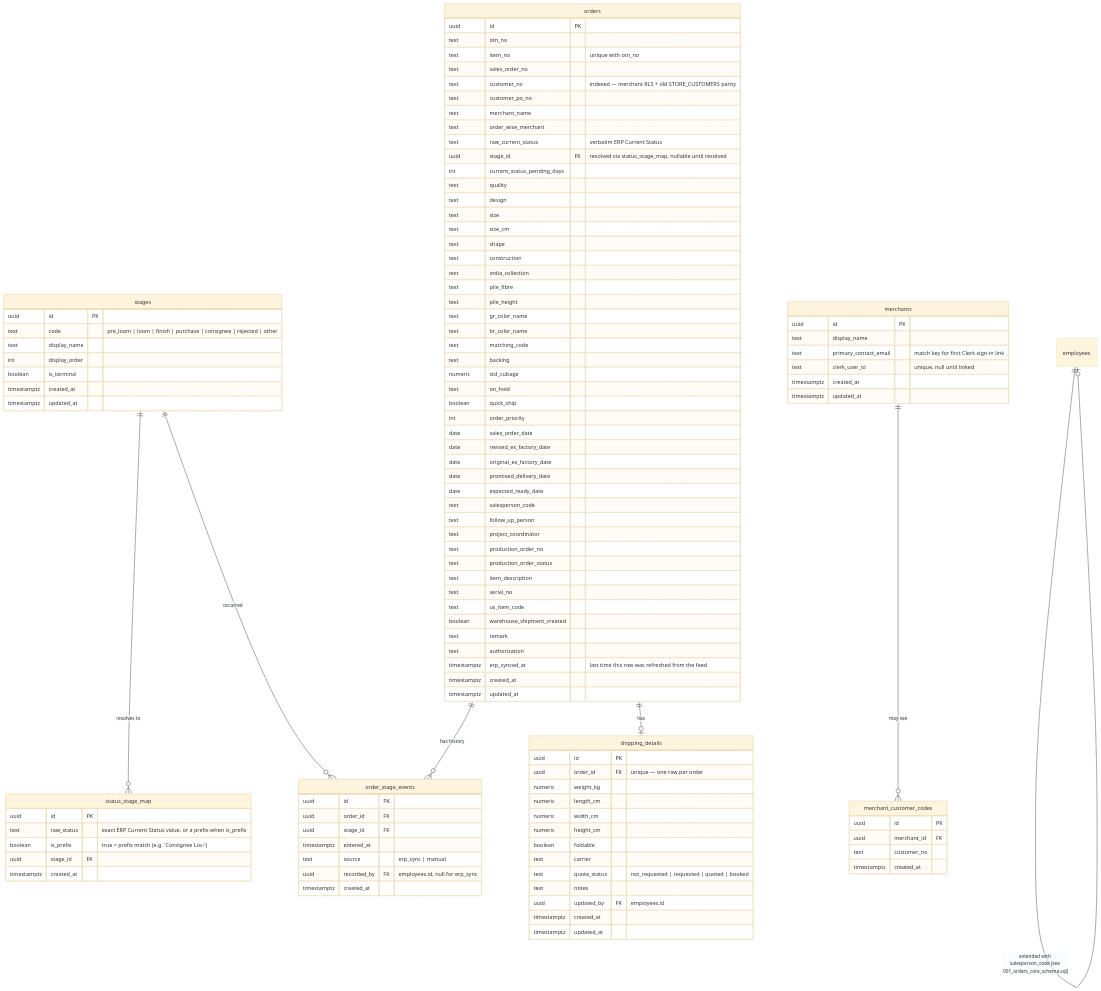
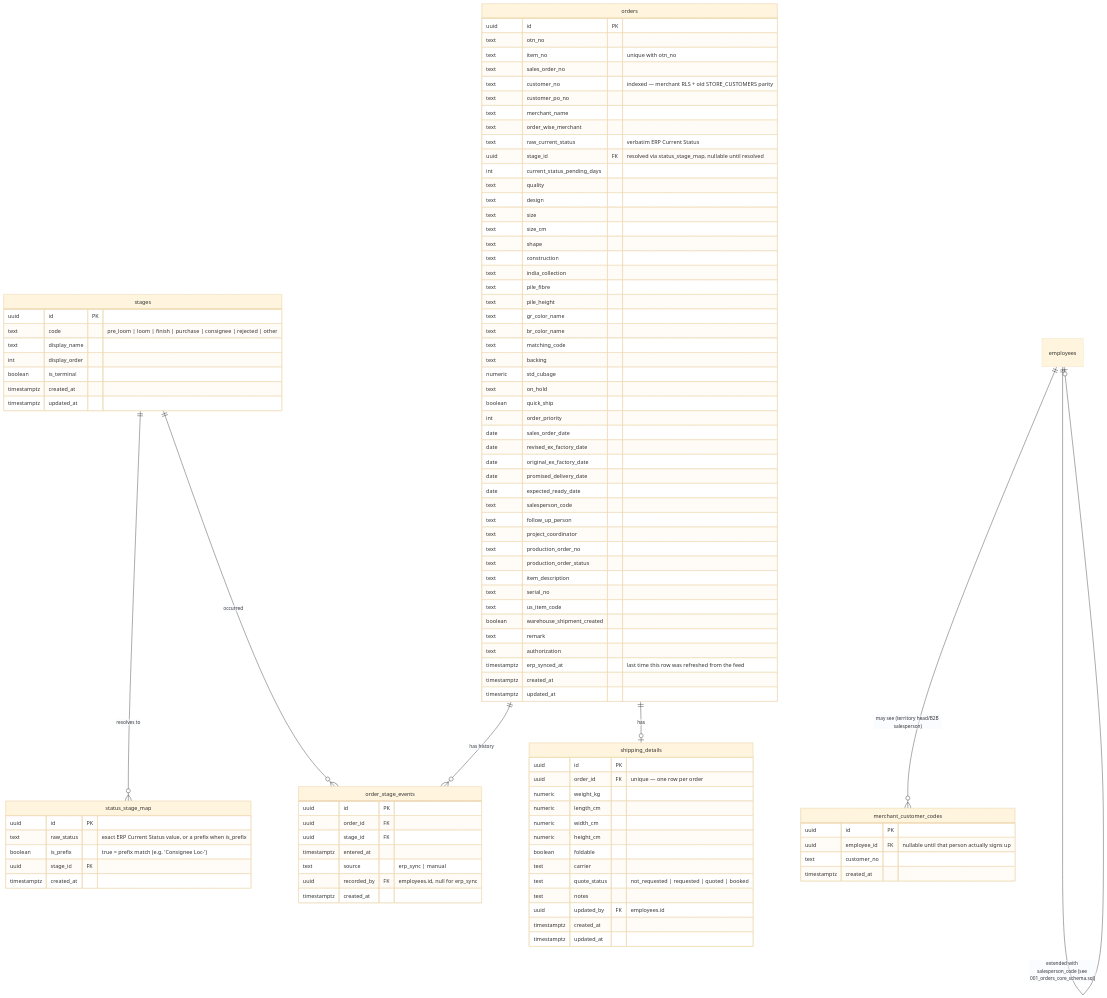
One commit to Vansh0508/jaipur-rugs changed the diagram in db/orders/orders-schema.mmd. Above: the diagram before and after it, drawn with Mermaid (base theme). The commit also changed 28 other files, not shown here.

```diff
--- a/db/orders/orders-schema.mmd
+++ b/db/orders/orders-schema.mmd
@@ -1,124 +1,119 @@
 erDiagram
     %% Orders module (apps/atlas). See README.md for plain-language entities and the
     %% full ERP field mapping. Follows the team-members-schema.mmd format/style
     %% (AGENTS.md §3.1 step 2).
 
     employees ||--o| employees : "extended with salesperson_code (see 001_orders_core_schema.sql)"
 
     stages ||--o{ status_stage_map : "resolves to"
     stages ||--o{ order_stage_events : "occurred"
 
     orders ||--o{ order_stage_events : "has history"
     orders ||--o| shipping_details : "has"
 
-    merchants ||--o{ merchant_customer_codes : "may see"
+    employees ||--o{ merchant_customer_codes : "may see (territory head/B2B salesperson)"
 
     stages {
         uuid id PK
         text code "pre_loom | loom | finish | purchase | consignee | rejected | other"
         text display_name
         int display_order
         boolean is_terminal
         timestamptz created_at
         timestamptz updated_at
     }
 
     status_stage_map {
         uuid id PK
         text raw_status "exact ERP Current Status value, or a prefix when is_prefix"
         boolean is_prefix "true = prefix match (e.g. 'Consignee Loc-')"
         uuid stage_id FK
         timestamptz created_at
     }
 
     orders {
         uuid id PK
         text otn_no
         text item_no "unique with otn_no"
         text sales_order_no
         text customer_no "indexed — merchant RLS + old STORE_CUSTOMERS parity"
         text customer_po_no
         text merchant_name
         text order_wise_merchant
         text raw_current_status "verbatim ERP Current Status"
         uuid stage_id FK "resolved via status_stage_map, nullable until resolved"
         int current_status_pending_days
         text quality
         text design
         text size
         text size_cm
         text shape
         text construction
         text india_collection
         text pile_fibre
         text pile_height
         text gr_color_name
         text br_color_name
         text matching_code
         text backing
         numeric std_cubage
         text on_hold
         boolean quick_ship
         int order_priority
         date sales_order_date
         date revised_ex_factory_date
         date original_ex_factory_date
         date promised_delivery_date
         date expected_ready_date
         text salesperson_code
         text follow_up_person
         text project_coordinator
         text production_order_no
         text production_order_status
         text item_description
         text serial_no
         text us_item_code
         boolean warehouse_shipment_created
         text remark
         text authorization
         timestamptz erp_synced_at "last time this row was refreshed from the feed"
         timestamptz created_at
         timestamptz updated_at
     }
 
     order_stage_events {
         uuid id PK
         uuid order_id FK
         uuid stage_id FK
         timestamptz entered_at
         text source "erp_sync | manual"
         uuid recorded_by FK "employees.id, null for erp_sync"
         timestamptz created_at
     }
 
     shipping_details {
         uuid id PK
         uuid order_id FK "unique — one row per order"
         numeric weight_kg
         numeric length_cm
         numeric width_cm
         numeric height_cm
         boolean foldable
         text carrier
         text quote_status "not_requested | requested | quoted | booked"
         text notes
         uuid updated_by FK "employees.id"
         timestamptz created_at
         timestamptz updated_at
     }
 
-    merchants {
-        uuid id PK
-        text display_name
-        text primary_contact_email "match key for first Clerk sign-in link"
-        text clerk_user_id "unique, null until linked"
-        timestamptz created_at
-        timestamptz updated_at
-    }
+    %% merchants table removed 2026-09-01 — "merchants" are internal Jaipur Rugs
+    %% territory heads/B2B salespeople, not external customers, so they're just
+    %% employees rows now. See 006_merchant_auth_consolidation.sql.
 
     merchant_customer_codes {
         uuid id PK
-        uuid merchant_id FK
+        uuid employee_id FK "nullable until that person actually signs up"
         text customer_no
         timestamptz created_at
     }
```
